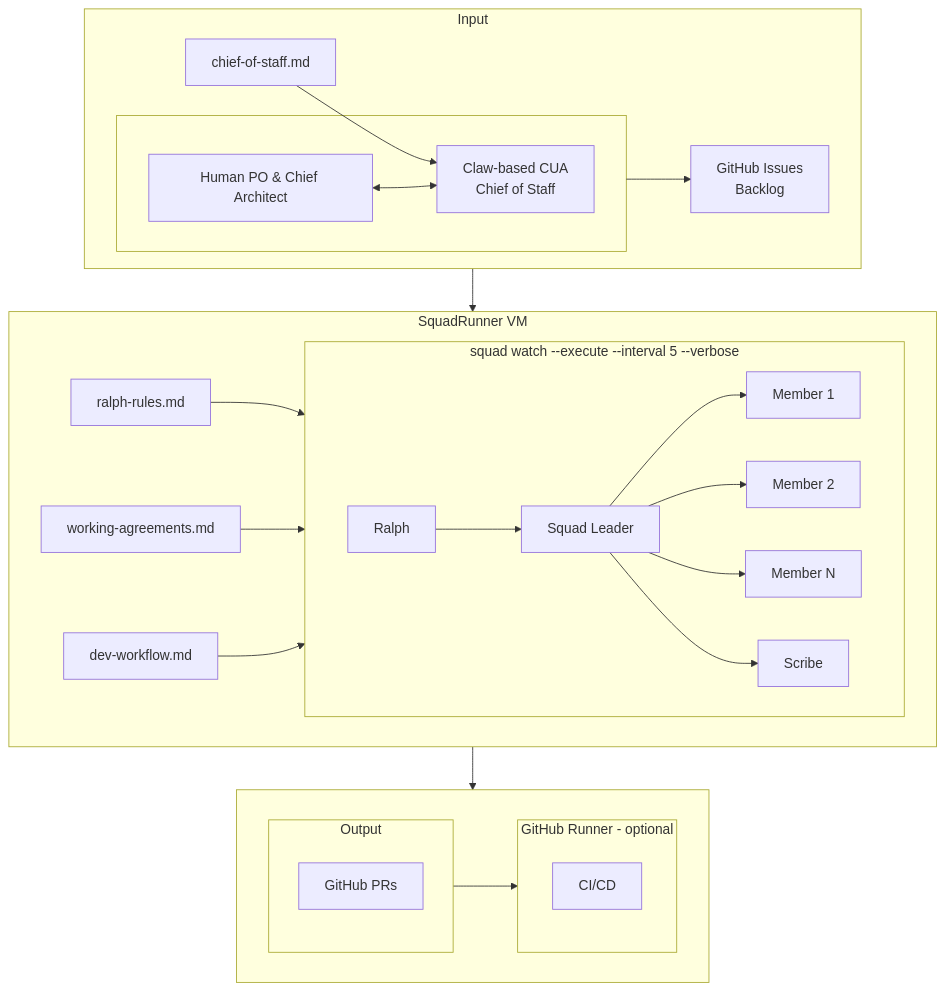
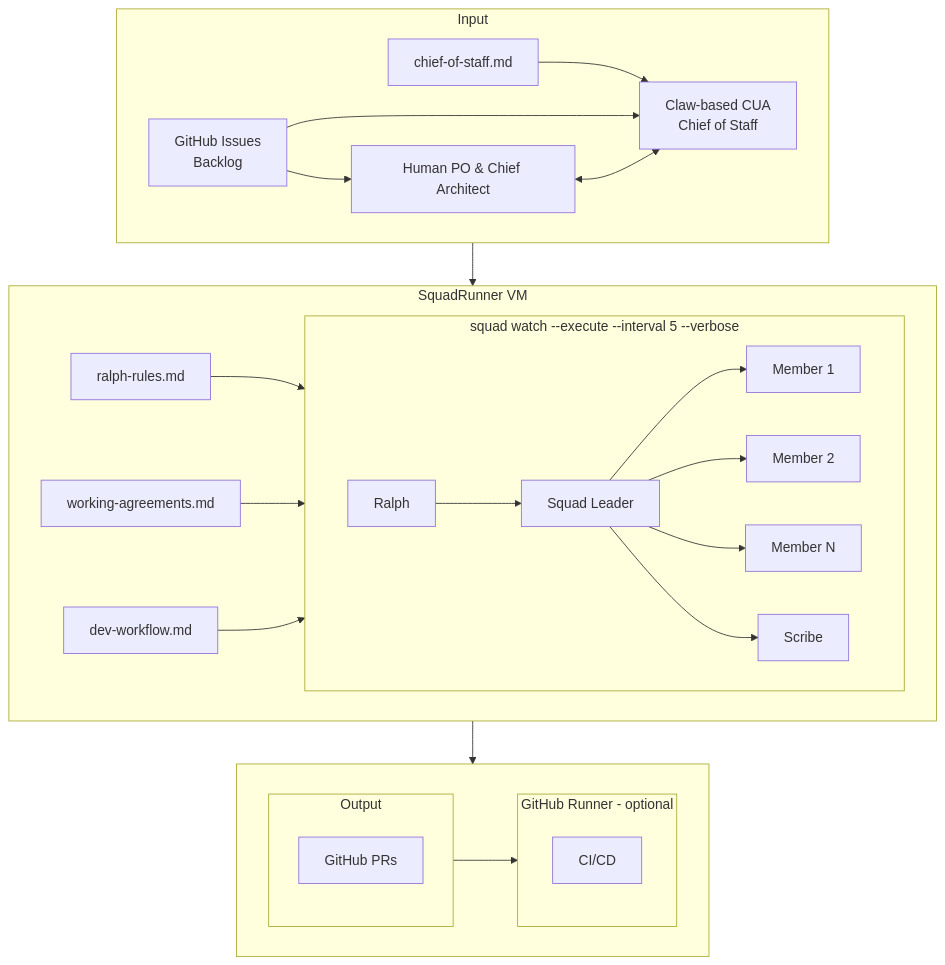
The diagram in README.md (TheeUnderdog/SquadRunner), drawn with Mermaid before and after one commit. The commit also changed other lines of this file, not shown here.

Commit message:
GitHub feeds both Human and CUA to stack them vertically

````diff
--- a/README.md
+++ b/README.md
@@ -9,40 +9,38 @@
 ```mermaid
 flowchart TD
     subgraph Input
         COS[chief-of-staff.md] --> CUA
-        subgraph Team[ ]
-            H[Human PO & Chief Architect]
-            H <--> CUA[Claw-based CUA<br/>Chief of Staff]
-        end
-        Team --> GH[GitHub Issues<br/>Backlog]
+        GH[GitHub Issues<br/>Backlog] --> H[Human PO & Chief Architect]
+        GH --> CUA[Claw-based CUA<br/>Chief of Staff]
+        H <--> CUA
     end
     
     Input --> VM
     
     subgraph VM[SquadRunner VM]
         RR[ralph-rules.md] --> SW
         WA[working-agreements.md] --> SW
         DW[dev-workflow.md] --> SW
         subgraph SW[squad watch --execute --interval 5 --verbose]
             direction LR
             R[Ralph] --> SL[Squad Leader]
             SL --> M1[Member 1]
             SL --> M2[Member 2]
             SL --> MN[Member N]
             SL --> SC[Scribe]
         end
     end
     
     VM --> Bottom
     
     subgraph Bottom[ ]
         direction LR
         subgraph Output
             PR[GitHub PRs]
         end
         Output --> Runner
         subgraph Runner[GitHub Runner - optional]
             CI[CI/CD]
         end
     end
 ```
````
